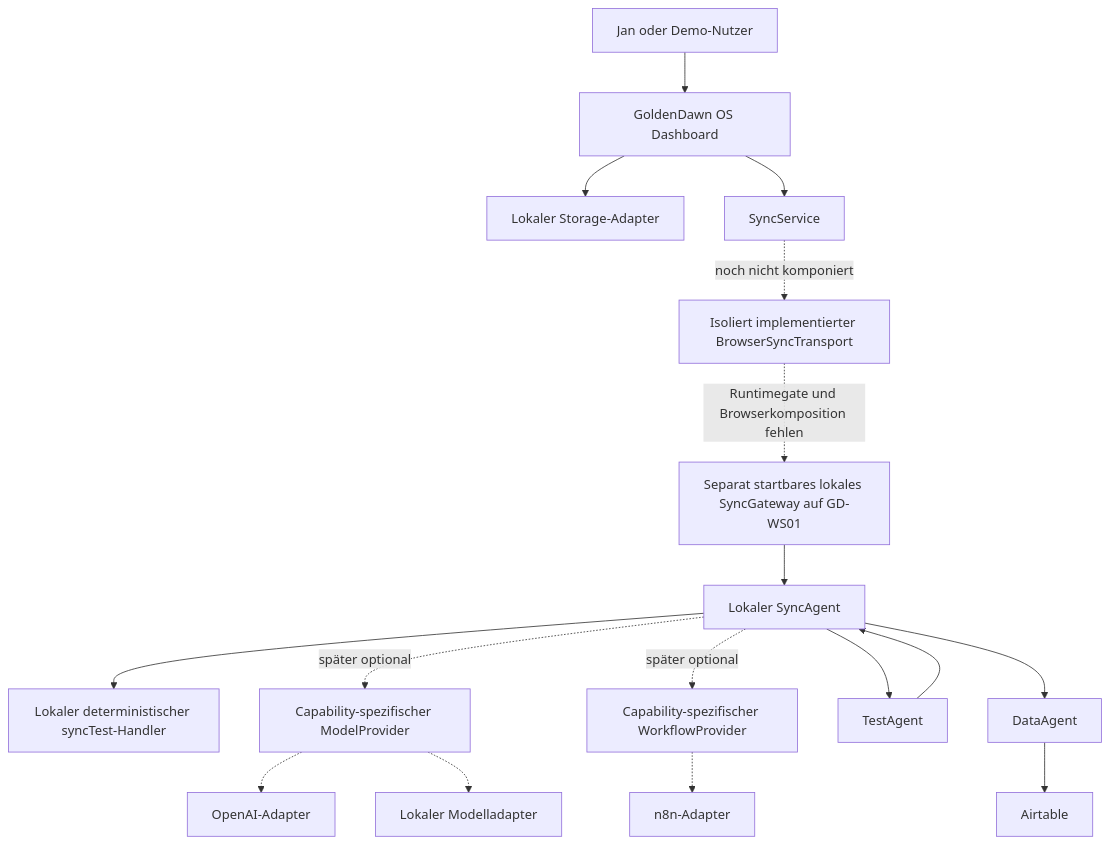
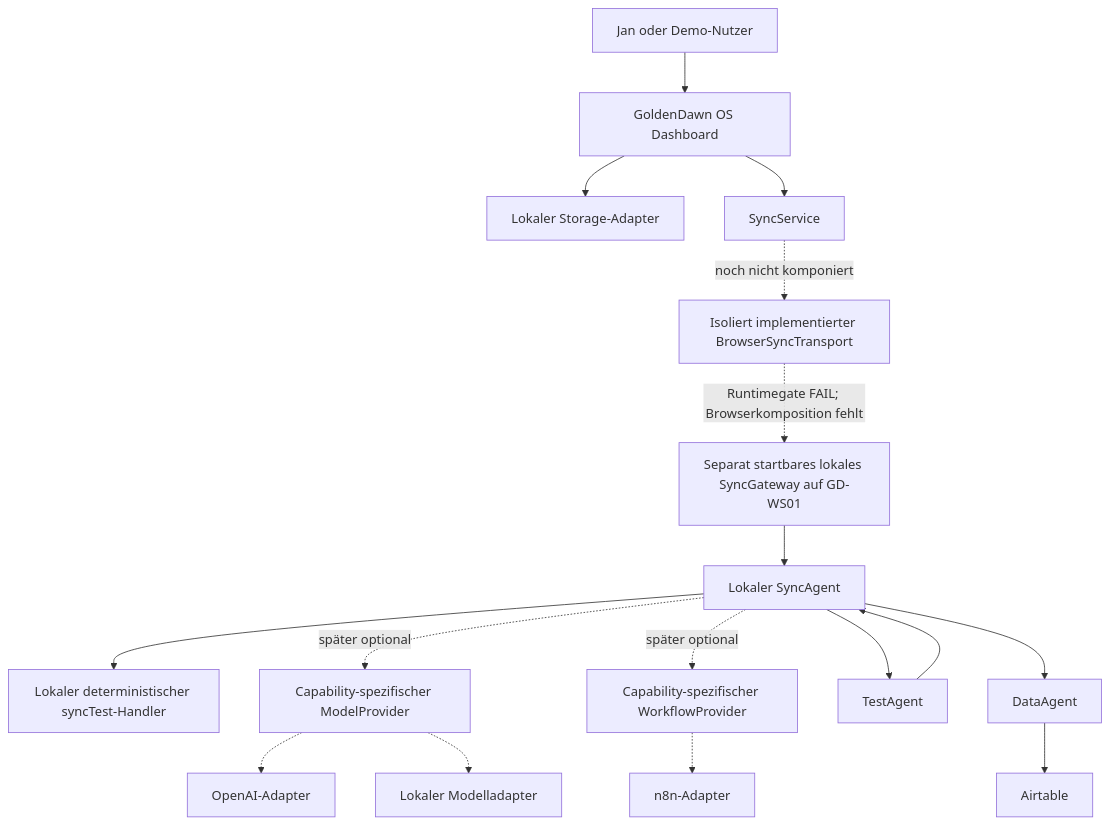
One commit to Varudan/goldendawn-os changed the first of 2 diagrams in docs/architecture.md. Above: the diagram before and after it, drawn with Mermaid. The commit also changed other lines of this file and 6 other files, not shown here.

````diff
--- a/docs/architecture.md
+++ b/docs/architecture.md
@@ -62,19 +62,19 @@
 ```mermaid
 flowchart TD
     User["Jan oder Demo-Nutzer"] --> UI["GoldenDawn OS Dashboard"]
     UI --> Local["Lokaler Storage-Adapter"]
     UI --> Sync["SyncService"]
     Sync -.->|noch nicht komponiert| Transport["Isoliert implementierter BrowserSyncTransport"]
-    Transport -.->|Runtimegate und Browserkomposition fehlen| Gateway["Separat startbares lokales SyncGateway auf GD-WS01"]
+    Transport -.->|Runtimegate FAIL; Browserkomposition fehlt| Gateway["Separat startbares lokales SyncGateway auf GD-WS01"]
     Gateway --> Router["Lokaler SyncAgent"]
     Router --> SyncTest["Lokaler deterministischer syncTest-Handler"]
     Router -.->|später optional| Model["Capability-spezifischer ModelProvider"]
     Model -.-> OpenAI["OpenAI-Adapter"]
     Model -.-> LocalModel["Lokaler Modelladapter"]
     Router -.->|später optional| Workflow["Capability-spezifischer WorkflowProvider"]
     Workflow -.-> N8n["n8n-Adapter"]
     Router --> Test["TestAgent"]
     Router --> Data["DataAgent"]
     Test --> Router
     Data --> Airtable["Airtable"]
 ```
````
